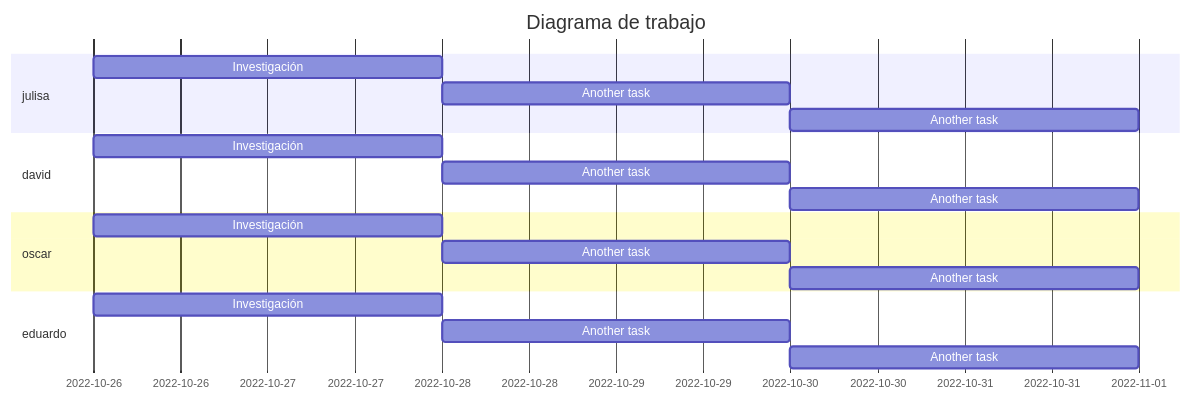
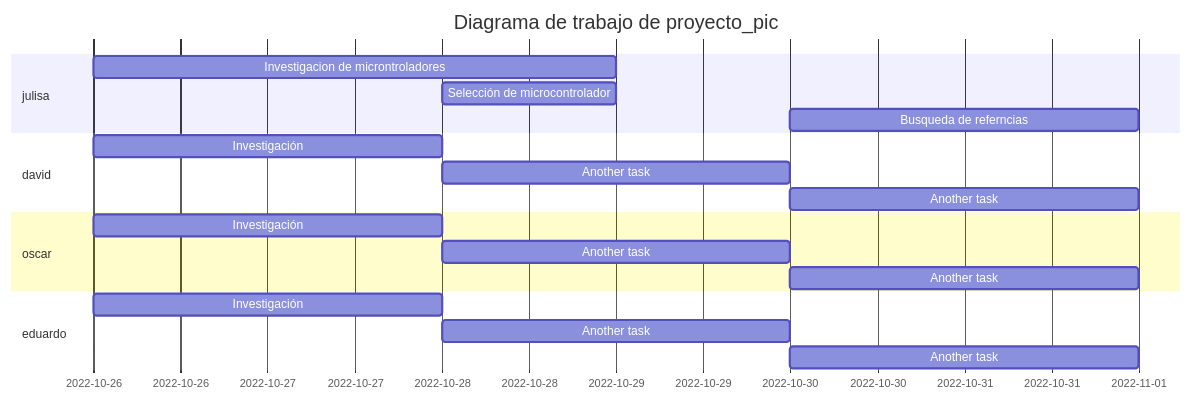
The diagram in README.md (julisaverdejo/proyecto_pic), drawn with Mermaid before and after one commit. The commit also changed other lines of this file and 14 other files, not shown here.

````diff
--- a/README.md
+++ b/README.md
@@ -11,25 +11,25 @@
 ```mermaid
 gantt
-	title Diagrama de trabajo
-    %% this is a comment
+	title Diagrama de trabajo de proyecto_pic
+    %% Esto es un comentario
     %%dateFormat  YY-MM-DD
     section julisa
-    Investigación    : task_j1, 2022-10-26, 2d
-    Another task     : task_j2, after task_j1, 2d
-    Another task     : task_j3, after task_j2, 2d
+    Investigacion de microntroladores    : task_j1, 2022-10-26, 3d
+    Selección de microcontrolador       : task_j2, after task_j1, 1d
+    Busqueda de referncias     : task_j3, after task_j2, 2d
     
 	section david
 	Investigación    : task_j1, 2022-10-26, 2d
     Another task     : task_j2, after task_j1, 2d
     Another task     : task_j3, after task_j2, 2d
 	
 	section oscar
 	Investigación    : task_j1, 2022-10-26, 2d
     Another task     : task_j2, after task_j1, 2d
     Another task     : task_j3, after task_j2, 2d
     
 	section eduardo
 	Investigación    : task_j1, 2022-10-26, 2d
     Another task     : task_j2, after task_j1, 2d
     Another task     : task_j3, after task_j2, 2d
 ```
````
